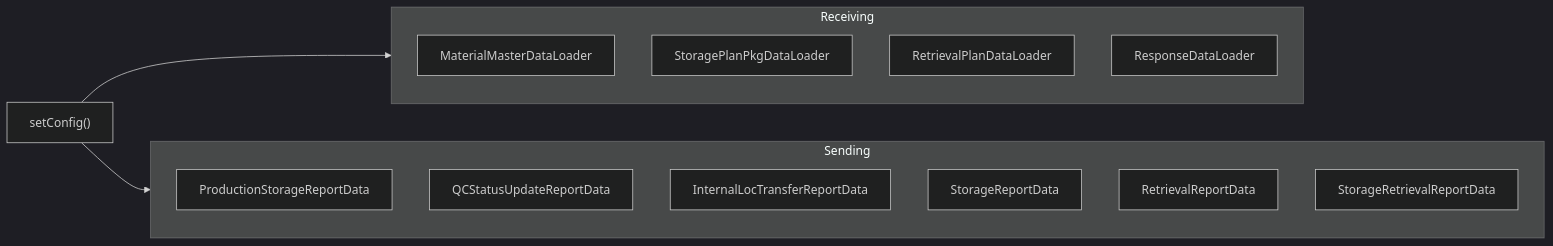
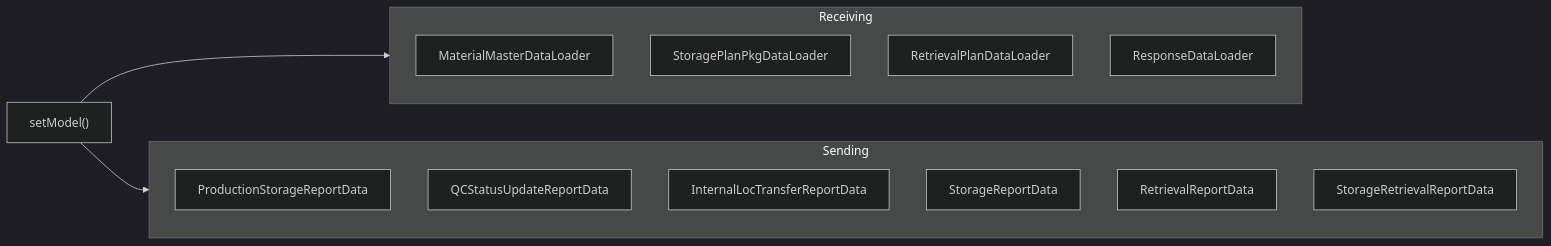
One commit to luthfiadityaa/SimeDarby-Wiki changed the fourth of 4 diagrams in Basic-Design/Host-Interfaces.md. Above: the diagram before and after it, drawn with Mermaid (dark theme). The commit also changed other lines of this file, not shown here.

Commit message:
Updated Host Interfaces

```diff
--- a/Basic-Design/Host-Interfaces.md
+++ b/Basic-Design/Host-Interfaces.md
@@ -99,23 +99,23 @@
 ::: mermaid
 flowchart LR
- C1["setConfig()"]  
+ C1["setModel()"]  
  C1 --> Receiving 
  C1 --> Sending 
 
 subgraph Receiving
  C21["MaterialMasterDataLoader"]
  C22["StoragePlanPkgDataLoader"] 
  C23["RetrievalPlanDataLoader"] 
  C24["ResponseDataLoader"]
 end
 
 subgraph Sending
  C25["ProductionStorageReportData"]
  C26["QCStatusUpdateReportData"]
  C27["InternalLocTransferReportData"] 
  C28["StorageReportData"]
  C29["RetrievalReportData"] 
  C30["StorageRetrievalReportData"] 
 end
  
 :::
```
